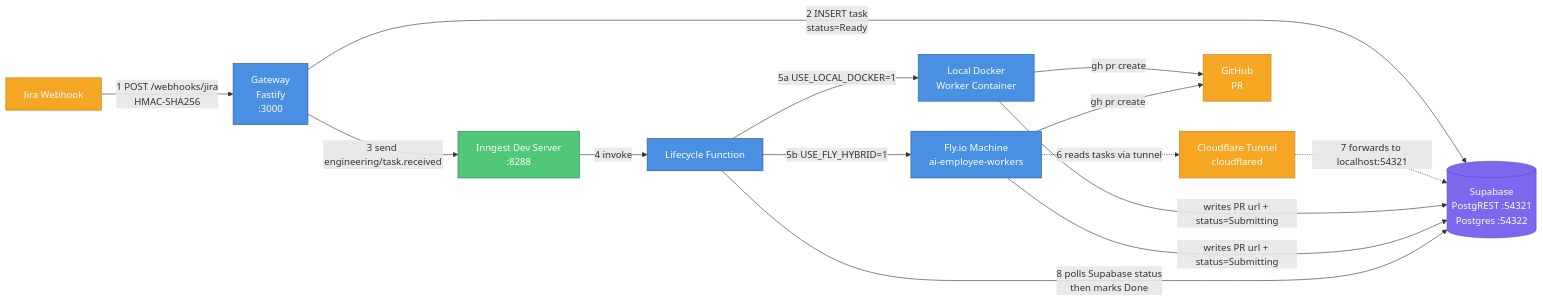
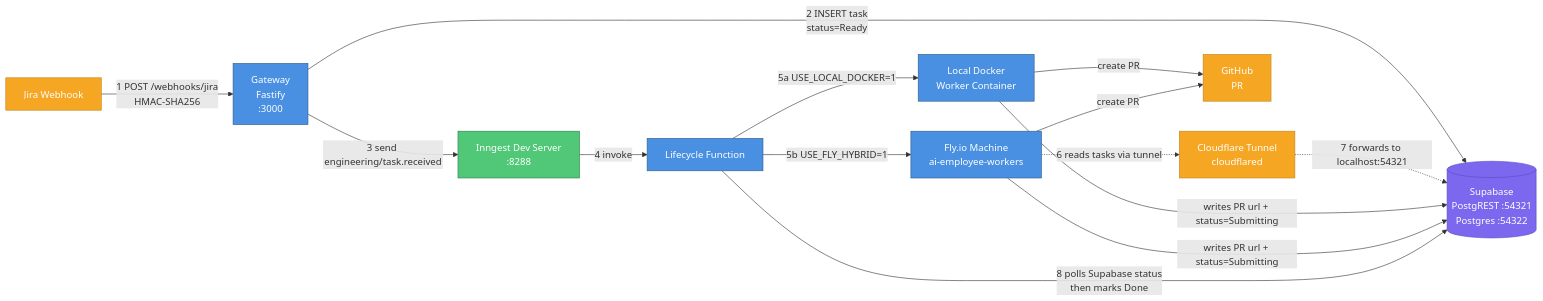
One commit to viiqswim/dozaldevs-ai-employee changed the first of 2 diagrams in docs/2026-04-07-1732-hybrid-mode-current-state.md. Above: the diagram before and after it, drawn with Mermaid. The commit also changed other lines of this file, not shown here.

````diff
--- a/docs/2026-04-07-1732-hybrid-mode-current-state.md
+++ b/docs/2026-04-07-1732-hybrid-mode-current-state.md
@@ -40,35 +40,35 @@
 ```mermaid
 flowchart LR
     Jira[Jira Webhook]
     GW[Gateway<br/>Fastify<br/>:3000]
     INN[Inngest Dev Server<br/>:8288]
     SB[(Supabase<br/>PostgREST :54321<br/>Postgres :54322)]
     LIFE[Lifecycle Function]
     DOCKER[Local Docker<br/>Worker Container]
     FLY[Fly.io Machine<br/>ai-employee-workers]
     CF[Cloudflare Tunnel<br/>cloudflared]
     GH[GitHub<br/>PR]
 
     Jira -->|1 POST /webhooks/jira<br/>HMAC-SHA256| GW
     GW -->|2 INSERT task<br/>status=Ready| SB
     GW -->|3 send engineering/task.received| INN
     INN -->|4 invoke| LIFE
     LIFE -->|5a USE_LOCAL_DOCKER=1| DOCKER
     LIFE -->|5b USE_FLY_HYBRID=1| FLY
     FLY -.->|6 reads tasks via tunnel| CF
     CF -.->|7 forwards to localhost:54321| SB
     DOCKER -->|writes PR url + status=Submitting| SB
     FLY -->|writes PR url + status=Submitting| SB
-    DOCKER -->|gh pr create| GH
-    FLY -->|gh pr create| GH
+    DOCKER -->|create PR| GH
+    FLY -->|create PR| GH
     LIFE -->|8 polls Supabase status<br/>then marks Done| SB
 
     classDef service fill:#4A90E2,stroke:#2E5C8A,color:#fff
     classDef storage fill:#7B68EE,stroke:#5B4BC7,color:#fff
     classDef external fill:#F5A623,stroke:#C4841A,color:#fff
     classDef event fill:#50C878,stroke:#2D7A4A,color:#fff
     class GW,LIFE,DOCKER,FLY service
     class SB storage
     class Jira,GH,CF external
     class INN event
 ```
````
